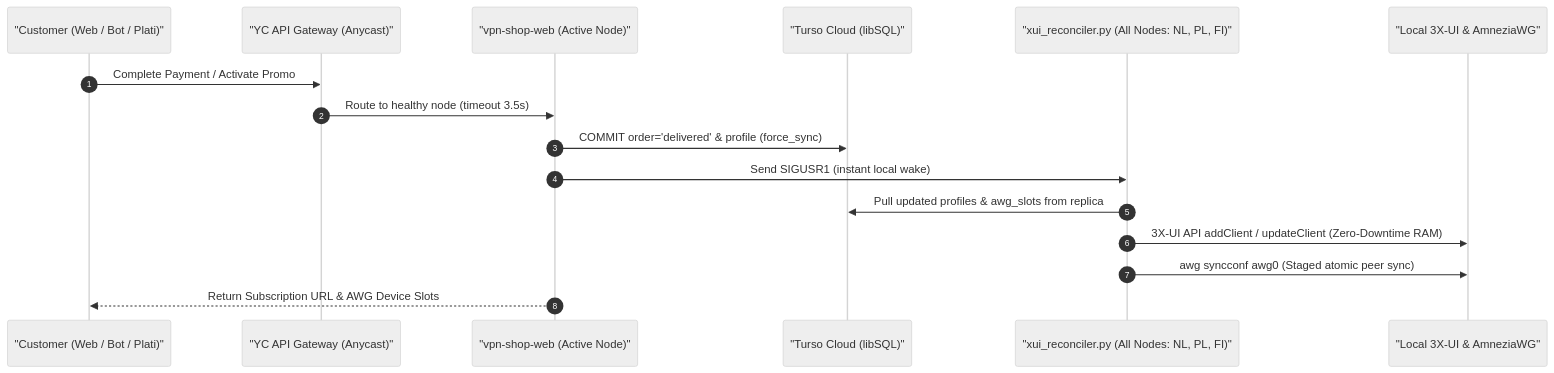
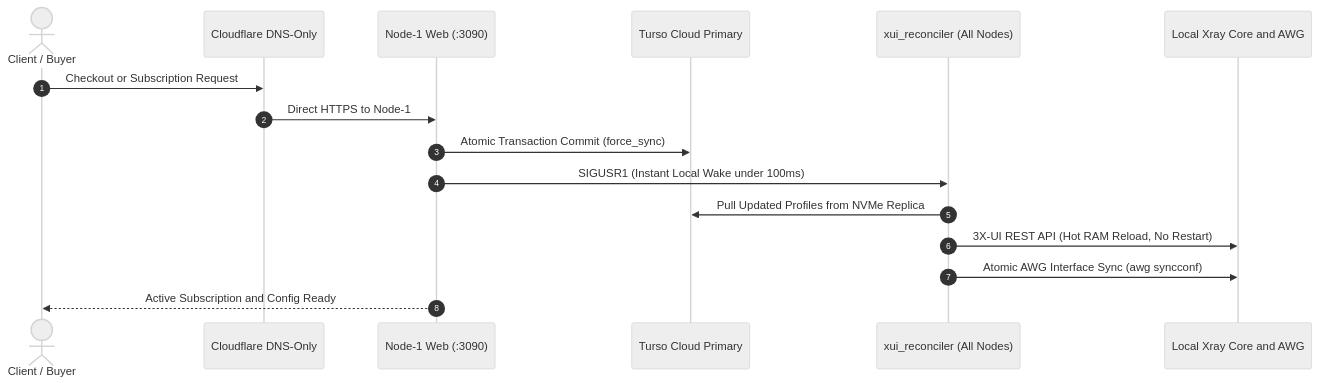
The second of 2 diagrams in README.md (Nikitzima/SilentConnect), drawn with Mermaid (neutral theme) before and after one commit. The commit also changed other lines of this file and 5 other files, not shown here.

````diff
--- a/README.md
+++ b/README.md
@@ -139,19 +143,19 @@
 ```mermaid
 sequenceDiagram
     autonumber
-    participant User as "Customer (Web / Bot / Plati)"
-    participant Edge as "YC API Gateway (Anycast)"
-    participant Web as "vpn-shop-web (Active Node)"
-    participant Turso as "Turso Cloud (libSQL)"
-    participant Rec as "xui_reconciler.py (All Nodes: NL, PL, FI)"
-    participant XUI as "Local 3X-UI & AmneziaWG"
+    actor User as Client / Buyer
+    participant Edge as Cloudflare DNS-Only
+    participant Web as Node-1 Web (:3090)
+    participant Turso as Turso Cloud Primary
+    participant Rec as xui_reconciler (All Nodes)
+    participant Core as Local Xray Core and AWG
 
-    User->>Edge: Complete Payment / Activate Promo
-    Edge->>Web: Route to healthy node (timeout 3.5s)
-    Web->>Turso: COMMIT order='delivered' & profile (force_sync)
-    Web->>Rec: Send SIGUSR1 (instant local wake)
-    Rec->>Turso: Pull updated profiles & awg_slots from replica
-    Rec->>XUI: 3X-UI API addClient / updateClient (Zero-Downtime RAM)
-    Rec->>XUI: awg syncconf awg0 (Staged atomic peer sync)
-    Web-->>User: Return Subscription URL & AWG Device Slots
+    User->>Edge: Checkout or Subscription Request
+    Edge->>Web: Direct HTTPS to Node-1
+    Web->>Turso: Atomic Transaction Commit (force_sync)
+    Web->>Rec: SIGUSR1 (Instant Local Wake under 100ms)
+    Rec->>Turso: Pull Updated Profiles from NVMe Replica
+    Rec->>Core: 3X-UI REST API (Hot RAM Reload, No Restart)
+    Rec->>Core: Atomic AWG Interface Sync (awg syncconf)
+    Web-->>User: Active Subscription and Config Ready
 ```
````
